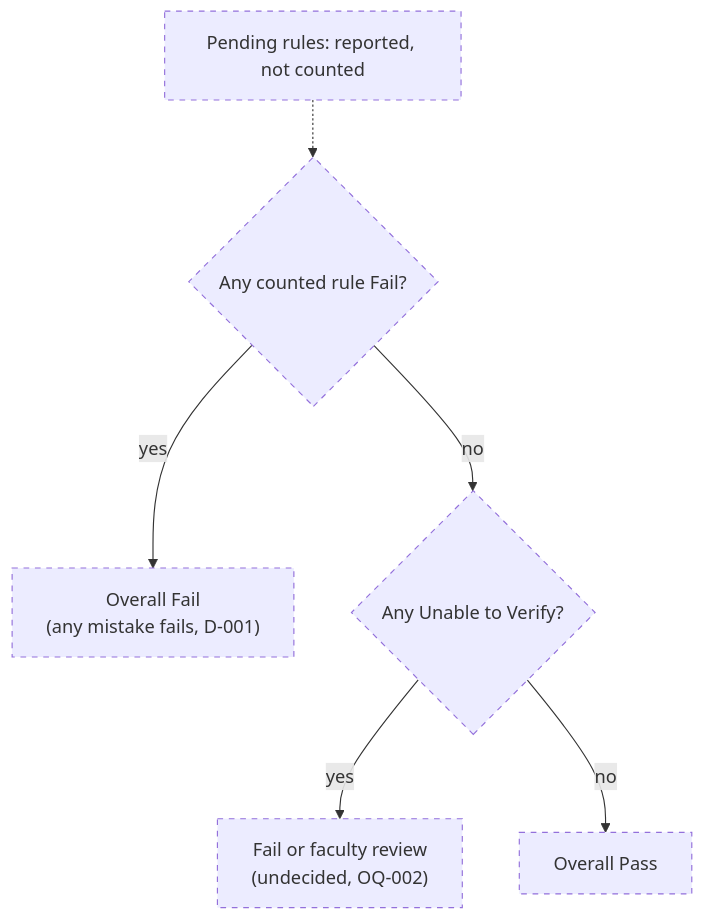
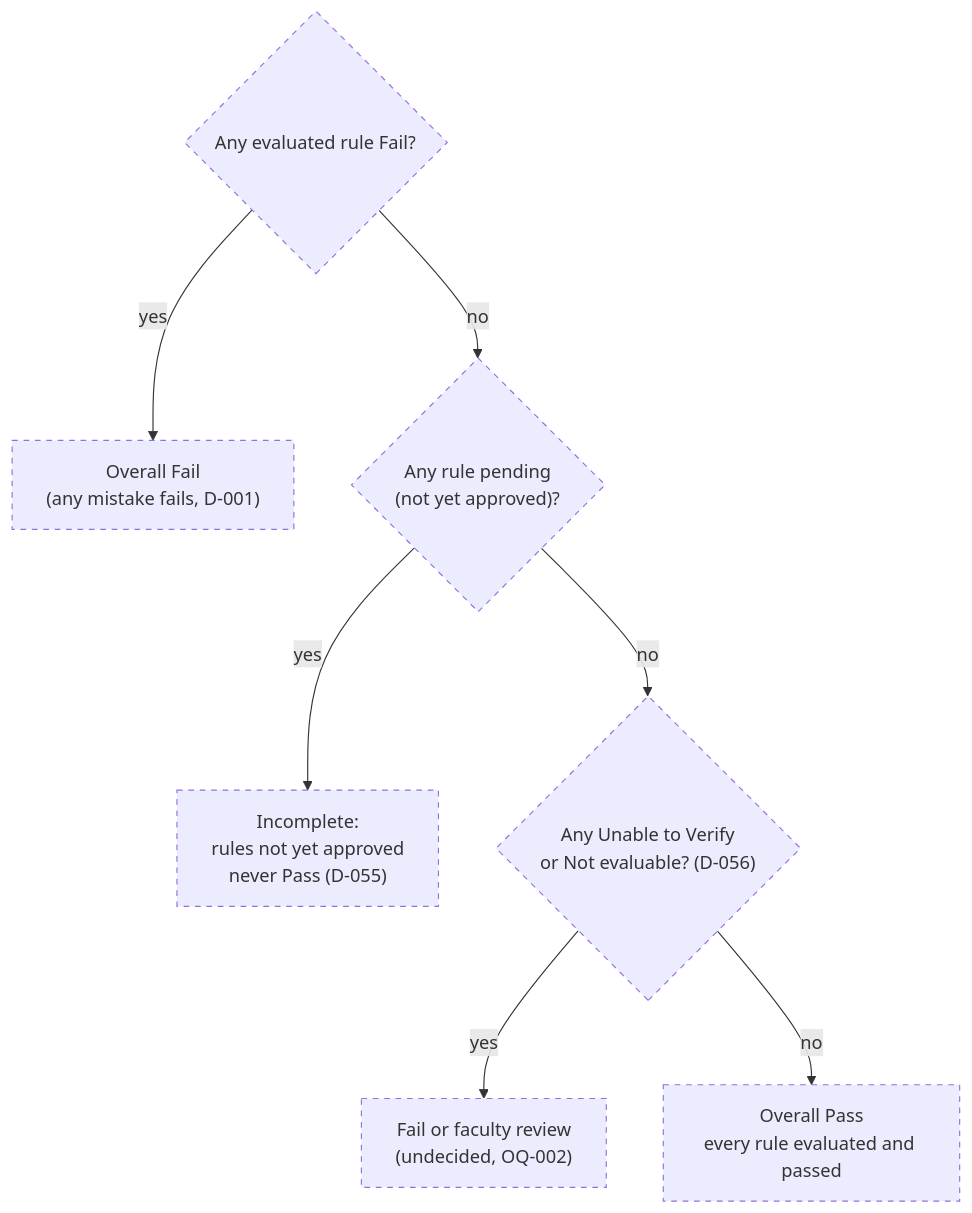
Before and after one commit to ananthu65/defibrillator_research: the eighth of 8 diagrams in docs/rule_engine/diagrams.md, drawn with Mermaid. The commit also changed other lines of this file and 10 other files, not shown here.

First line of the commit message:
fix(rules): correct documented decision logic after diagram review

````diff
--- a/docs/rule_engine/diagrams.md
+++ b/docs/rule_engine/diagrams.md
@@ -150,10 +159,11 @@
 ```mermaid
 flowchart TD
-    A{"Any counted rule Fail?"} -->|yes| F["Overall Fail<br/>(any mistake fails, D-001)"]
-    A -->|no| B{"Any Unable to Verify?"}
+    A{"Any evaluated rule Fail?"} -->|yes| F["Overall Fail<br/>(any mistake fails, D-001)"]
+    A -->|no| PD{"Any rule pending<br/>(not yet approved)?"}
+    PD -->|yes| INC["Incomplete:<br/>rules not yet approved<br/>never Pass (D-055)"]
+    PD -->|no| B{"Any Unable to Verify<br/>or Not evaluable? (D-056)"}
     B -->|yes| U["Fail or faculty review<br/>(undecided, OQ-002)"]
-    B -->|no| P["Overall Pass"]
-    N["Pending rules: reported, not counted"] -.-> A
+    B -->|no| P["Overall Pass<br/>every rule evaluated and passed"]
     classDef planned stroke-dasharray: 5 5
-    class A,B,F,U,P,N planned
+    class A,PD,INC,B,F,U,P planned
 ```
````
